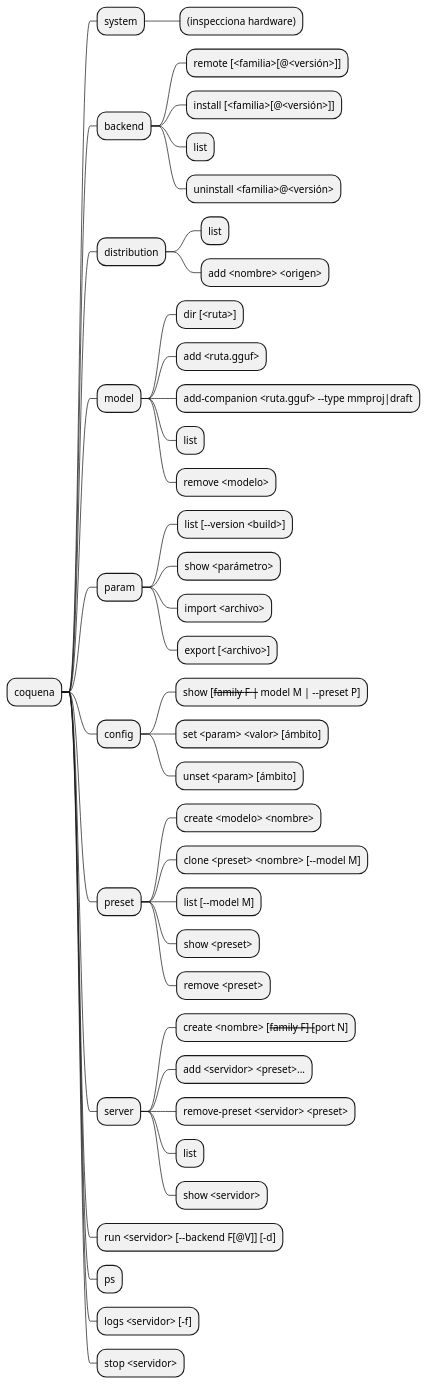
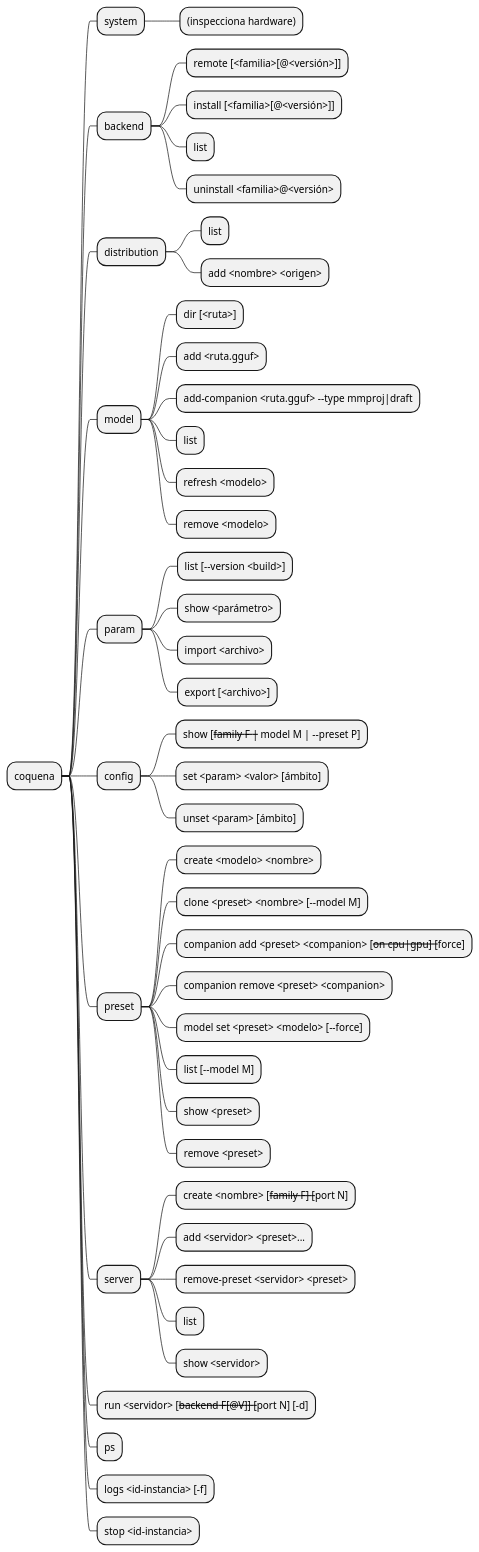
Before and after one commit to mstranich/coquena: the first of 2 diagrams in docs/comandos.md, drawn with PlantUML. The commit also changed other lines of this file and 7 other files, not shown here.

````diff
--- a/docs/comandos.md
+++ b/docs/comandos.md
@@ -16,46 +20,50 @@
 ```plantuml
 @startmindmap
 * coquena
 ** system
 *** (inspecciona hardware)
 ** backend
 *** remote [<familia>[@<versión>]]
 *** install [<familia>[@<versión>]]
 *** list
 *** uninstall <familia>@<versión>
 ** distribution
 *** list
 *** add <nombre> <origen>
 ** model
 *** dir [<ruta>]
 *** add <ruta.gguf>
 *** add-companion <ruta.gguf> --type mmproj|draft
 *** list
+*** refresh <modelo>
 *** remove <modelo>
 ** param
 *** list [--version <build>]
 *** show <parámetro>
 *** import <archivo>
 *** export [<archivo>]
 ** config
 *** show [--family F | --model M | --preset P]
 *** set <param> <valor> [ámbito]
 *** unset <param> [ámbito]
 ** preset
 *** create <modelo> <nombre>
 *** clone <preset> <nombre> [--model M]
+*** companion add <preset> <companion> [--on cpu|gpu] [--force]
+*** companion remove <preset> <companion>
+*** model set <preset> <modelo> [--force]
 *** list [--model M]
 *** show <preset>
 *** remove <preset>
 ** server
 *** create <nombre> [--family F] [--port N]
 *** add <servidor> <preset>...
 *** remove-preset <servidor> <preset>
 *** list
 *** show <servidor>
-** run <servidor> [--backend F[@V]] [-d]
+** run <servidor> [--backend F[@V]] [--port N] [-d]
 ** ps
-** logs <servidor> [-f]
-** stop <servidor>
+** logs <id-instancia> [-f]
+** stop <id-instancia>
 @endmindmap
 ```
````
